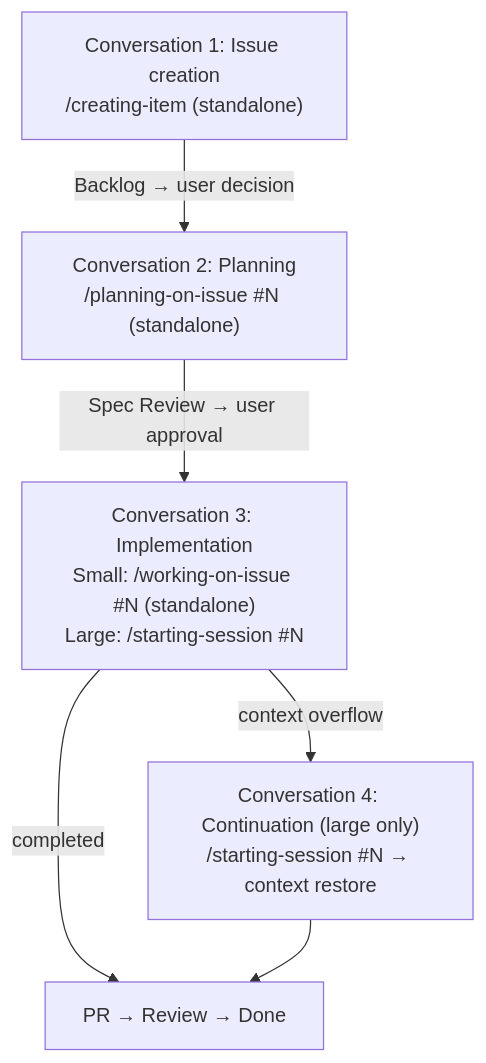
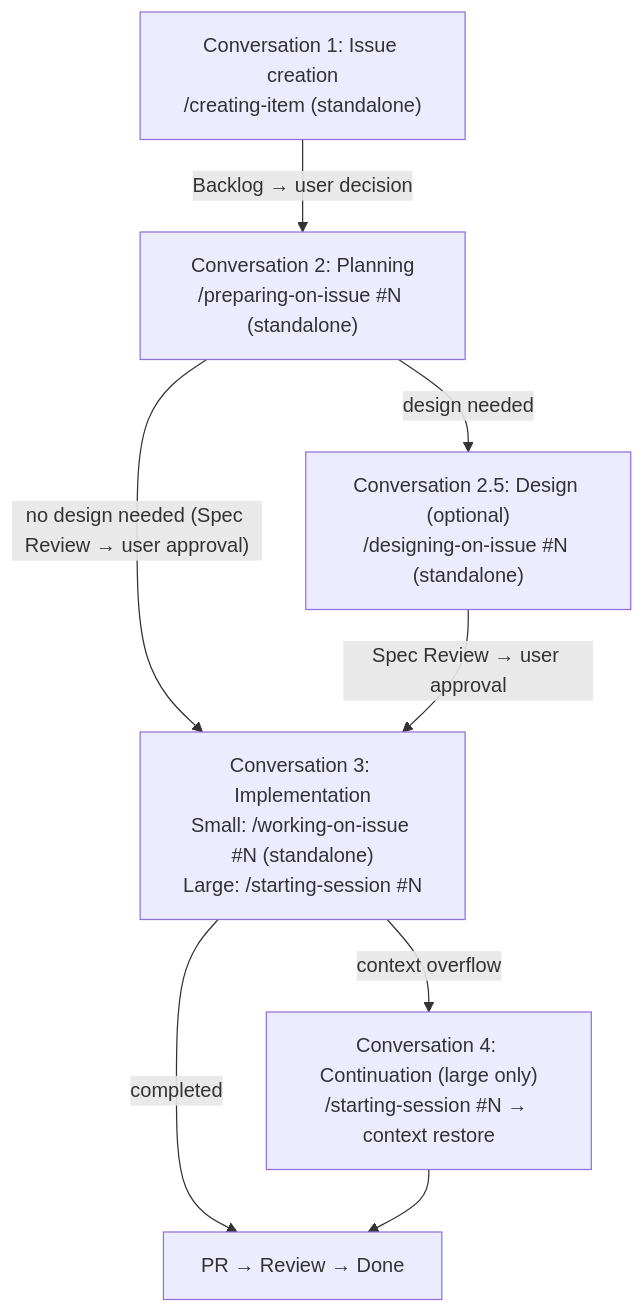
The second of 3 diagrams in shirokuma-skills-en/rules/best-practices-first.md (ShirokumaLibrary/shirokuma-plugins), drawn with Mermaid before and after one commit. The commit also changed other lines of this file and 89 other files, not shown here.

````diff
--- a/shirokuma-skills-en/rules/best-practices-first.md
+++ b/shirokuma-skills-en/rules/best-practices-first.md
@@ -16,13 +39,16 @@
 ```mermaid
 graph TD
     C1["Conversation 1: Issue creation<br/>/creating-item (standalone)"]
-    C2["Conversation 2: Planning<br/>/planning-on-issue #N (standalone)"]
+    C2["Conversation 2: Planning<br/>/preparing-on-issue #N (standalone)"]
+    C2D["Conversation 2.5: Design (optional)<br/>/designing-on-issue #N (standalone)"]
     C3["Conversation 3: Implementation<br/>Small: /working-on-issue #N (standalone)<br/>Large: /starting-session #N"]
     C4["Conversation 4: Continuation (large only)<br/>/starting-session #N → context restore"]
 
     C1 -->|"Backlog → user decision"| C2
-    C2 -->|"Spec Review → user approval"| C3
+    C2 -->|"design needed"| C2D
+    C2 -->|"no design needed (Spec Review → user approval)"| C3
+    C2D -->|"Spec Review → user approval"| C3
     C3 -->|"context overflow"| C4
     C3 -->|"completed"| Done["PR → Review → Done"]
     C4 --> Done
 ```
````
